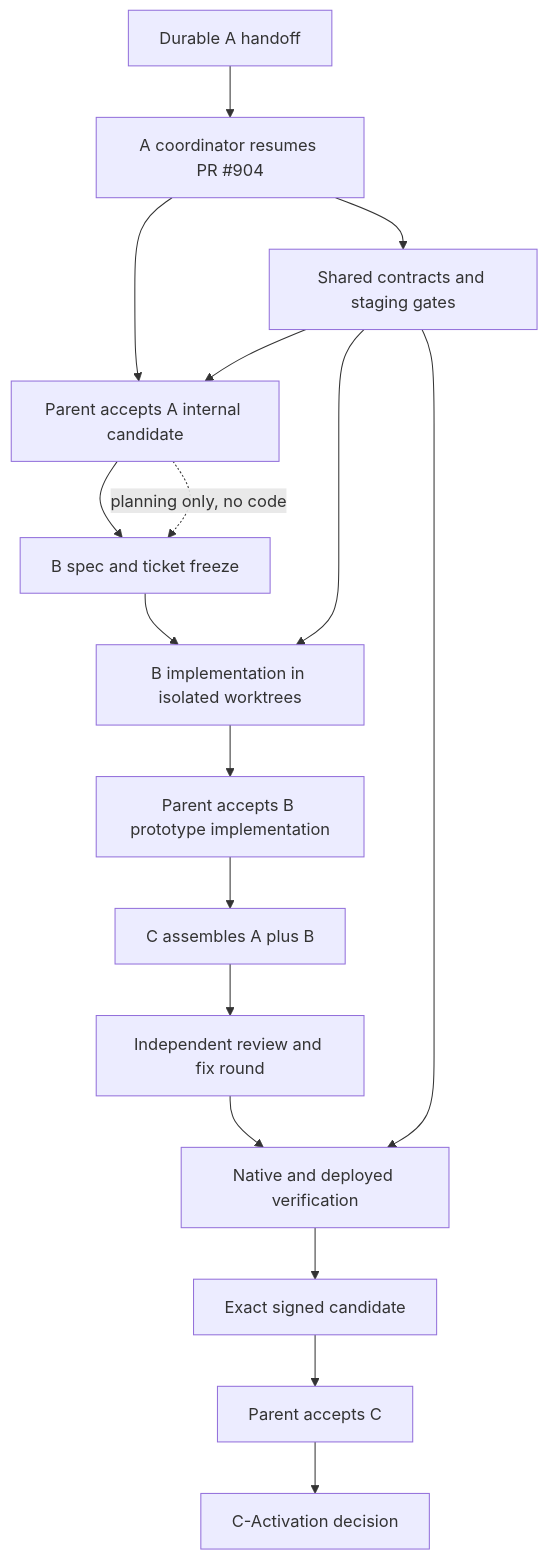
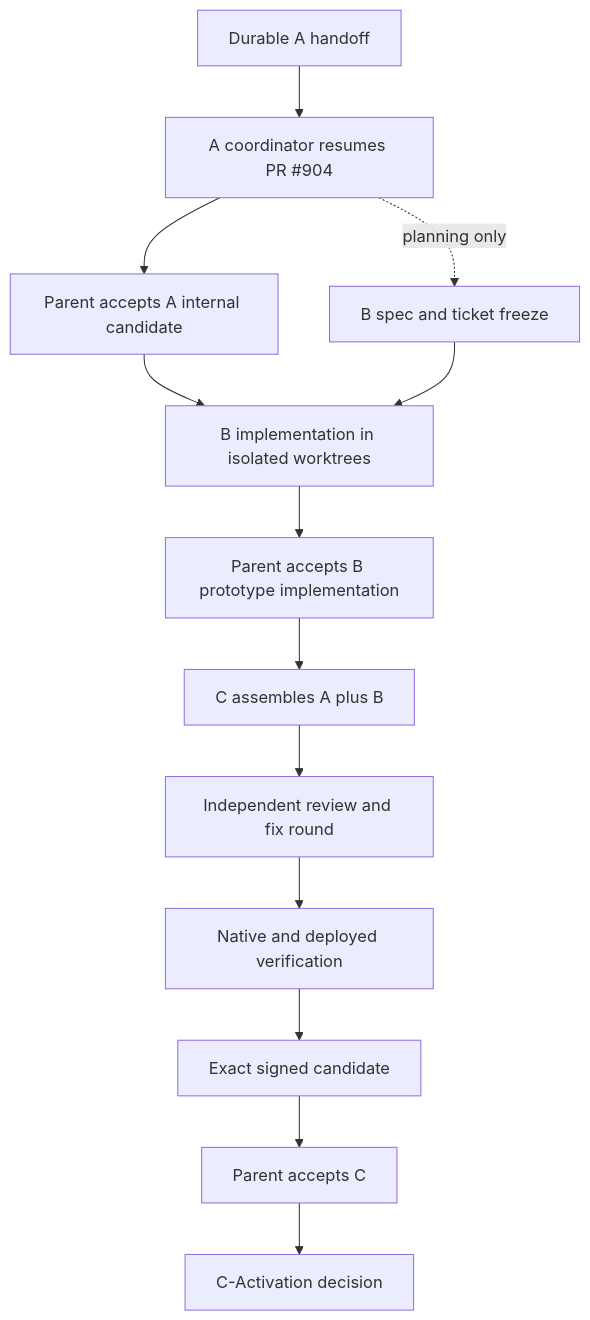
One commit to Carberk/carberk changed the diagram in docs/prd/ops/91-release-program-charter.md. Above: the diagram before and after it, drawn with Mermaid. The commit also changed other lines of this file, not shown here.

Commit message:
docs: align release charter with A dispatch authority

````diff
--- a/docs/prd/ops/91-release-program-charter.md
+++ b/docs/prd/ops/91-release-program-charter.md
@@ -37,20 +37,15 @@
 ```mermaid
 flowchart TD
   H[Durable A handoff] --> A1[A coordinator resumes PR #904]
   A1 --> A2[Parent accepts A internal candidate]
-  A2 --> B0[B spec and ticket freeze]
+  A1 -. planning only .-> B0[B spec and ticket freeze]
+  A2 --> B1
   B0 --> B1[B implementation in isolated worktrees]
   B1 --> B2[Parent accepts B prototype implementation]
   B2 --> C0[C assembles A plus B]
   C0 --> C1[Independent review and fix round]
   C1 --> C2[Native and deployed verification]
   C2 --> C3[Exact signed candidate]
   C3 --> C4[Parent accepts C]
   C4 --> X[C-Activation decision]
-
-  A2 -. planning only, no code .-> B0
-  A1 --> S[Shared contracts and staging gates]
-  S --> A2
-  S --> B1
-  S --> C2
 ```
````
